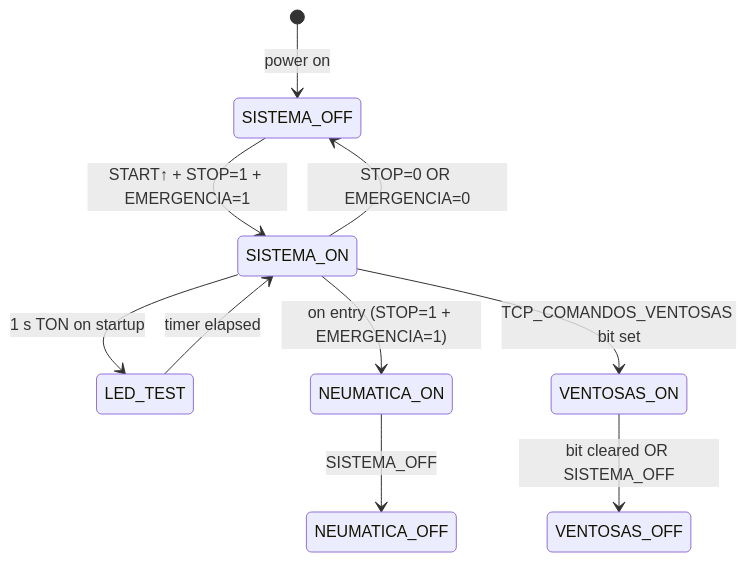
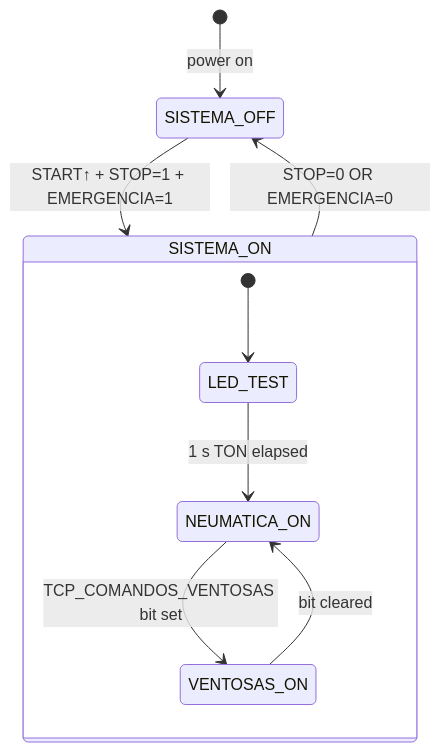
The second of 12 diagrams in README.md (jorgefajardom-coder/drone-packaging-simulation-unity), drawn with Mermaid before and after one commit. The commit also changed other lines of this file, not shown here.

Commit message:
docs: corregir stateDiagram Safety & Control Logic
Reemplaza estados flotantes por estados anidados dentro de SISTEMA_ON:
  LED_TEST → NEUMATICA_ON (permanece activa) → VENTOSAS_ON/OFF según TCP

https://claude.ai/code/session_01N5zKm8RkMTgX6hSqmAGPmp

````diff
--- a/README.md
+++ b/README.md
@@ -222,16 +222,14 @@
 ```mermaid
 stateDiagram-v2
     [*] --> SISTEMA_OFF : power on
 
     SISTEMA_OFF --> SISTEMA_ON : START↑ + STOP=1 + EMERGENCIA=1
     SISTEMA_ON --> SISTEMA_OFF : STOP=0 OR EMERGENCIA=0
 
-    SISTEMA_ON --> LED_TEST : 1 s TON on startup
-    LED_TEST --> SISTEMA_ON : timer elapsed
-
-    SISTEMA_ON --> NEUMATICA_ON : on entry (STOP=1 + EMERGENCIA=1)
-    NEUMATICA_ON --> NEUMATICA_OFF : SISTEMA_OFF
-
-    SISTEMA_ON --> VENTOSAS_ON : TCP_COMANDOS_VENTOSAS bit set
-    VENTOSAS_ON --> VENTOSAS_OFF : bit cleared OR SISTEMA_OFF
+    state SISTEMA_ON {
+        [*] --> LED_TEST
+        LED_TEST --> NEUMATICA_ON : 1 s TON elapsed
+        NEUMATICA_ON --> VENTOSAS_ON : TCP_COMANDOS_VENTOSAS bit set
+        VENTOSAS_ON --> NEUMATICA_ON : bit cleared
+    }
 ```
````
